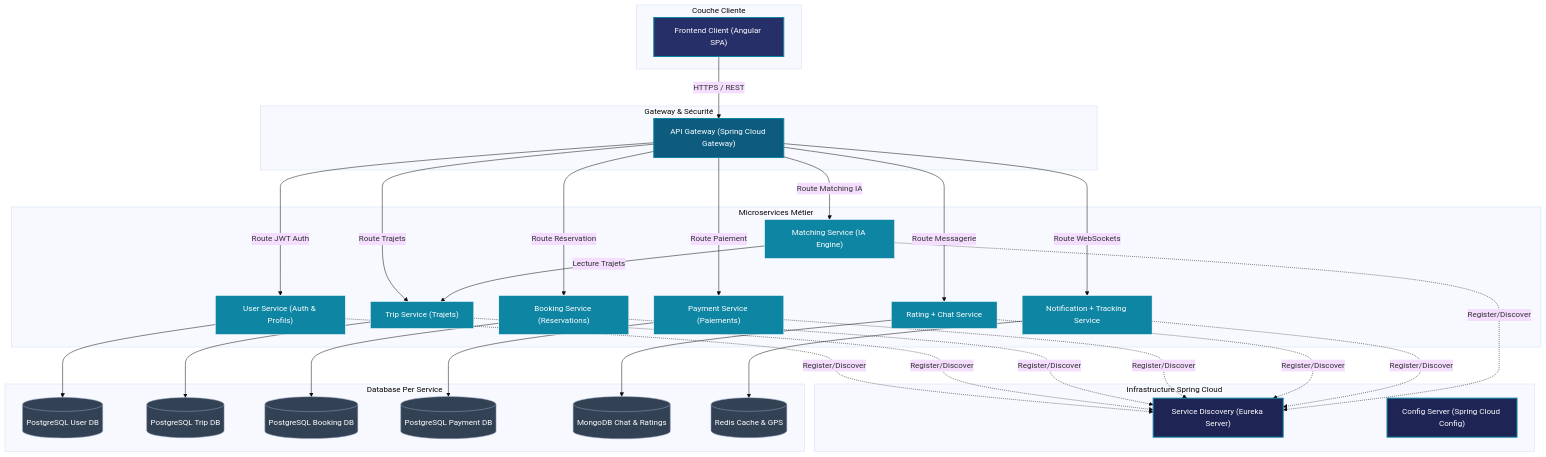
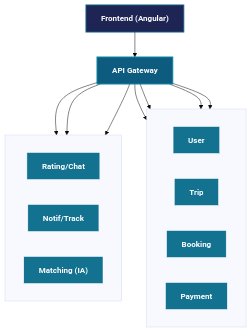
One commit to Baccari-ibtihel/SmartRide changed the diagram in Documentation/Diagrams/Architecture_Globale.mermaid. Above: the diagram before and after it, drawn with Mermaid (base theme).

Commit message:
docs: update Architecture_Globale.mermaid to match exact slide diagram with connections

```diff
--- a/Documentation/Diagrams/Architecture_Globale.mermaid
+++ b/Documentation/Diagrams/Architecture_Globale.mermaid
@@ -1,64 +1,32 @@
 graph TD
-    classDef client fill:#272f69,stroke:#0e85a3,stroke-width:2px,color:#ffffff;
-    classDef gateway fill:#0d5c80,stroke:#0e85a3,stroke-width:2px,color:#ffffff;
-    classDef infra fill:#1e2454,stroke:#0e85a3,stroke-width:2px,color:#ffffff;
-    classDef service fill:#0e85a3,stroke:#ffffff,stroke-width:1px,color:#ffffff;
-    classDef db fill:#334155,stroke:#94a3b8,stroke-width:1px,color:#ffffff;
+    classDef frontend fill:#1e2454,stroke:#0d5c80,stroke-width:2px,color:#ffffff,font-weight:bold;
+    classDef gateway fill:#0d5c80,stroke:#0e85a3,stroke-width:2px,color:#ffffff,font-weight:bold;
+    classDef service fill:#147291,stroke:#ffffff,stroke-width:1px,color:#ffffff,font-weight:bold;
 
-    subgraph ClientLayer ["Couche Cliente"]
-        AngularApp["Frontend Client (Angular SPA)"]:::client
+    Frontend["Frontend (Angular)"]:::frontend
+    Gateway["API Gateway"]:::gateway
+
+    subgraph Row1 [" "]
+        direction LR
+        User["User"]:::service
+        Trip["Trip"]:::service
+        Booking["Booking"]:::service
+        Payment["Payment"]:::service
     end
 
-    subgraph GatewayLayer ["Gateway & Sécurité"]
-        APIGateway["API Gateway (Spring Cloud Gateway)"]:::gateway
+    subgraph Row2 [" "]
+        direction LR
+        RatingChat["Rating/Chat"]:::service
+        NotifTrack["Notif/Track"]:::service
+        MatchingIA["Matching (IA)"]:::service
     end
 
-    subgraph InfraLayer ["Infrastructure Spring Cloud"]
-        Eureka["Service Discovery (Eureka Server)"]:::infra
-        ConfigServer["Config Server (Spring Cloud Config)"]:::infra
-    end
+    Frontend --> Gateway
 
-    subgraph MicroservicesLayer ["Microservices Métier"]
-        UserService["User Service (Auth & Profils)"]:::service
-        TripService["Trip Service (Trajets)"]:::service
-        BookingService["Booking Service (Réservations)"]:::service
-        PaymentService["Payment Service (Paiements)"]:::service
-        RatingChatService["Rating + Chat Service"]:::service
-        NotifTrackService["Notification + Tracking Service"]:::service
-        MatchingIAService["Matching Service (IA Engine)"]:::service
-    end
-
-    subgraph DatabaseLayer ["Database Per Service"]
-        DBUser[("PostgreSQL User DB")]:::db
-        DBTrip[("PostgreSQL Trip DB")]:::db
-        DBBooking[("PostgreSQL Booking DB")]:::db
-        DBPayment[("PostgreSQL Payment DB")]:::db
-        DBChat[("MongoDB Chat & Ratings")]:::db
-        DBRedis[("Redis Cache & GPS")]:::db
-    end
-
-    AngularApp -->|HTTPS / REST| APIGateway
-    APIGateway -->|Route JWT Auth| UserService
-    APIGateway -->|Route Trajets| TripService
-    APIGateway -->|Route Réservation| BookingService
-    APIGateway -->|Route Paiement| PaymentService
-    APIGateway -->|Route Messagerie| RatingChatService
-    APIGateway -->|Route WebSockets| NotifTrackService
-    APIGateway -->|Route Matching IA| MatchingIAService
-
-    UserService -.->|Register/Discover| Eureka
-    TripService -.->|Register/Discover| Eureka
-    BookingService -.->|Register/Discover| Eureka
-    PaymentService -.->|Register/Discover| Eureka
-    RatingChatService -.->|Register/Discover| Eureka
-    NotifTrackService -.->|Register/Discover| Eureka
-    MatchingIAService -.->|Register/Discover| Eureka
-
-    UserService --> DBUser
-    TripService --> DBTrip
-    BookingService --> DBBooking
-    PaymentService --> DBPayment
-    RatingChatService --> DBChat
-    NotifTrackService --> DBRedis
-
-    MatchingIAService -->|Lecture Trajets| TripService
+    Gateway --> User
+    Gateway --> Trip
+    Gateway --> Booking
+    Gateway --> Payment
+    Gateway --> RatingChat
+    Gateway --> NotifTrack
+    Gateway --> MatchingIA
```
